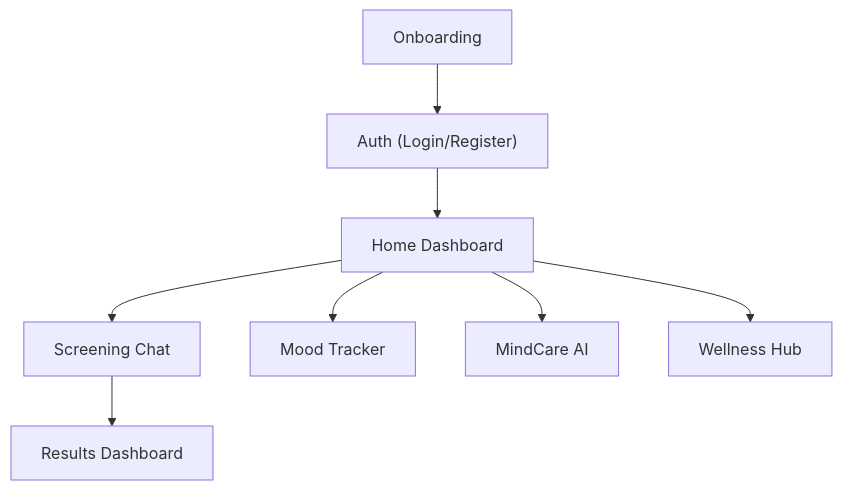
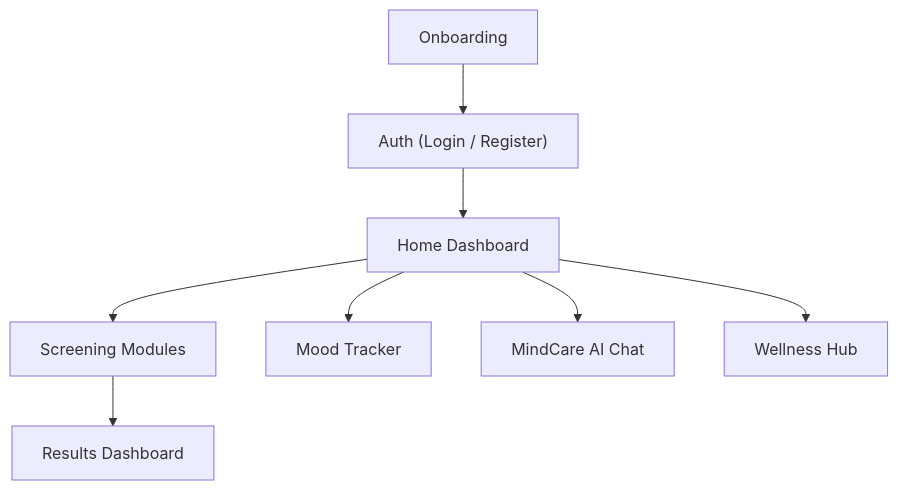
One commit to A7med580/AI-mental-Health changed the third of 3 diagrams in README.md. Above: the diagram before and after it, drawn with Mermaid. The commit also changed other lines of this file and 46 other files, not shown here.

````diff
--- a/README.md
+++ b/README.md
@@ -97,12 +99,10 @@
 ```mermaid
 graph TD
-    A[Onboarding] --> B["Auth (Login/Register)"]
+    A[Onboarding] --> B["Auth (Login / Register)"]
     B --> C[Home Dashboard]
-    
-    C --> D[Screening Chat]
+    C --> D[Screening Modules]
     C --> E[Mood Tracker]
-    C --> F[MindCare AI]
+    C --> F[MindCare AI Chat]
     C --> G[Wellness Hub]
-    
     D --> H[Results Dashboard]
 ```
````
